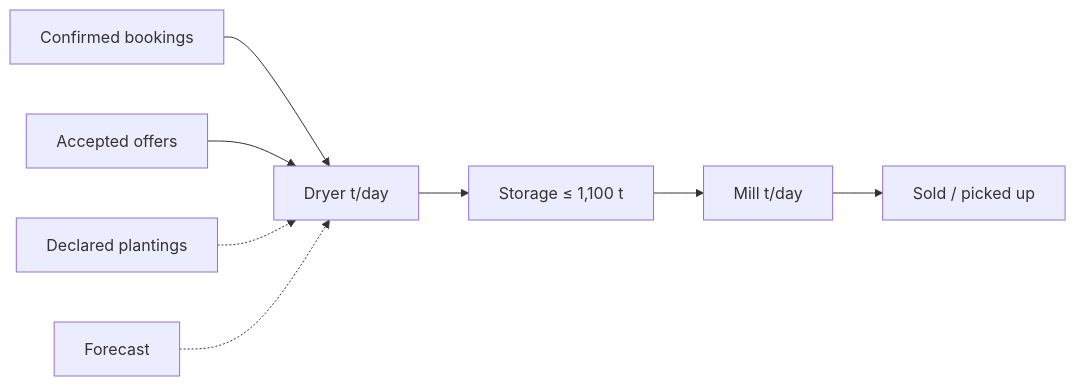
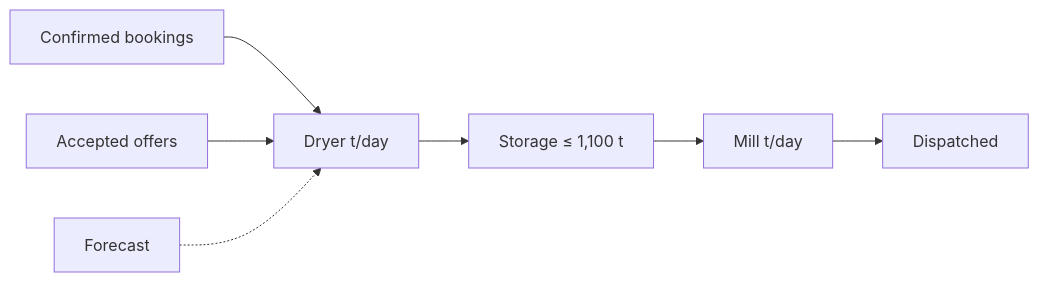
Before and after one commit to andrianllmm/hack-iloilo: the sixth of 6 diagrams in PRD.md, drawn with Mermaid. The commit also changed other lines of this file and 2 other files, not shown here.

````diff
--- a/PRD.md
+++ b/PRD.md
@@ -364,8 +221,7 @@
 ```mermaid
 flowchart LR
   c[Confirmed bookings] --> dryer
   o[Accepted offers] --> dryer
-  d[Declared plantings] -.-> dryer
   f[Forecast] -.-> dryer
-  dryer["Dryer t/day"] --> storage["Storage ≤ 1,100 t"] --> mill["Mill t/day"] --> out[Sold / picked up]
+  dryer["Dryer t/day"] --> storage["Storage ≤ 1,100 t"] --> mill["Mill t/day"] --> out[Dispatched]
 ```
````
